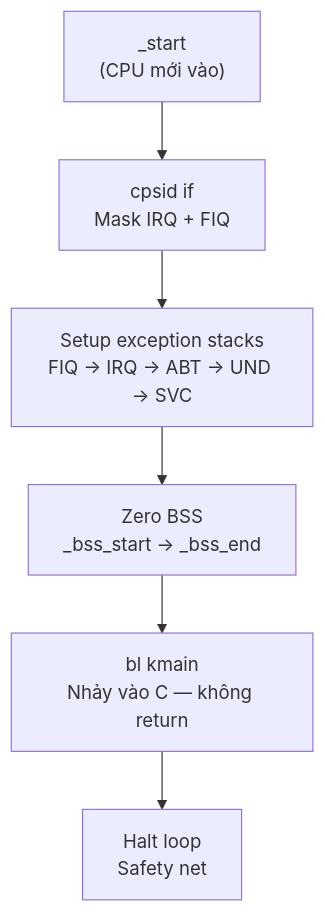
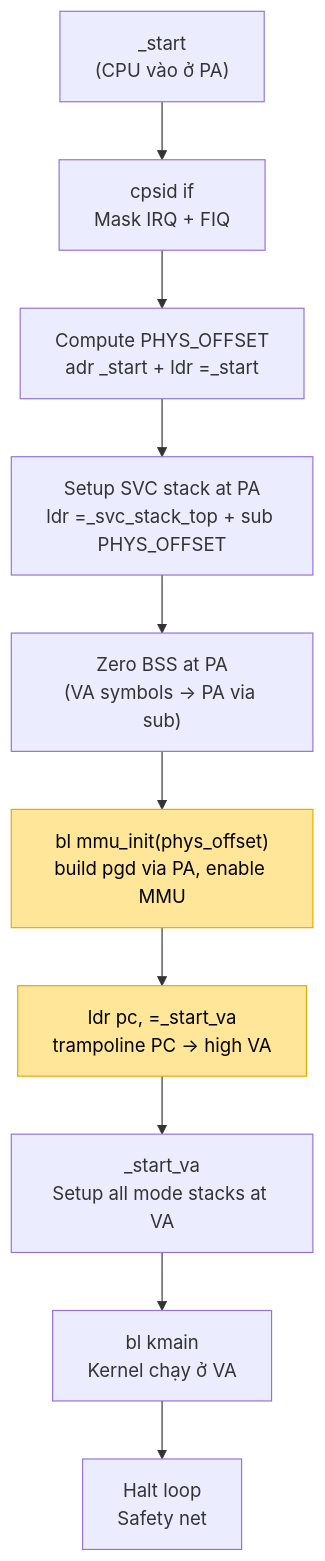
One commit to haidoan2098/RefixOS changed the second of 4 diagrams in docs/tech_docs/01_boot.md. Above: the diagram before and after it, drawn with Mermaid. The commit also changed other lines of this file and 4 other files, not shown here.

````diff
--- a/docs/tech_docs/01_boot.md
+++ b/docs/tech_docs/01_boot.md
@@ -124,8 +127,15 @@
 ```mermaid
 flowchart TD
-    A["_start<br/>(CPU mới vào)"] --> B["cpsid if<br/>Mask IRQ + FIQ"]
-    B --> C["Setup exception stacks<br/>FIQ → IRQ → ABT → UND → SVC"]
-    C --> D["Zero BSS<br/>_bss_start → _bss_end"]
-    D --> E["bl kmain<br/>Nhảy vào C — không return"]
+    A["_start<br/>(CPU vào ở PA)"] --> B["cpsid if<br/>Mask IRQ + FIQ"]
+    B --> P["Compute PHYS_OFFSET<br/>adr _start + ldr =_start"]
+    P --> C["Setup SVC stack at PA<br/>ldr =_svc_stack_top + sub PHYS_OFFSET"]
+    C --> D["Zero BSS at PA<br/>(VA symbols → PA via sub)"]
+    D --> M["bl mmu_init(phys_offset)<br/>build pgd via PA, enable MMU"]
+    M --> T["ldr pc, =_start_va<br/>trampoline PC → high VA"]
+    T --> V["_start_va<br/>Setup all mode stacks at VA"]
+    V --> E["bl kmain<br/>Kernel chạy ở VA"]
     E --> F["Halt loop<br/>Safety net"]
+
+    style M fill:#ffe699,stroke:#e8a700,color:#000
+    style T fill:#ffe699,stroke:#e8a700,color:#000
 ```
````
